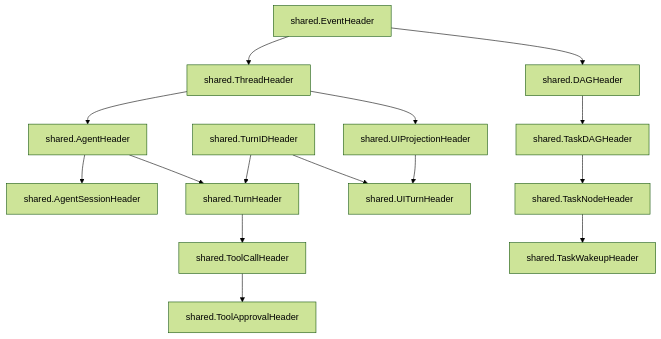
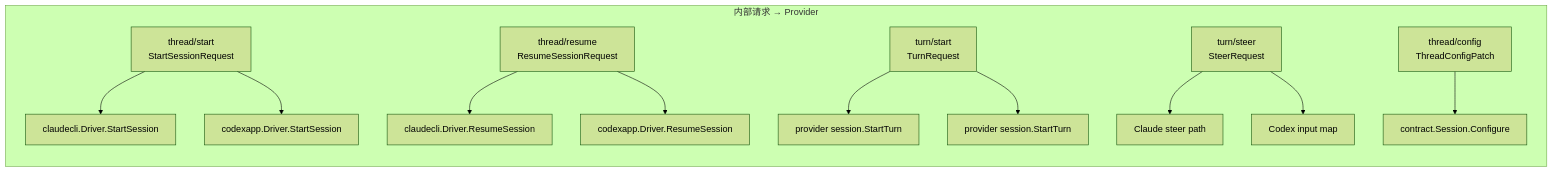
Before and after one commit to lihah111222333-cloud/Super-Dolphin-Agent-Cockpit: the first of 5 diagrams in docs/doc/codemap/05-dto.md, drawn with Mermaid (forest theme). The commit also changed other lines of this file and 24 other files, not shown here.

````diff
--- a/docs/doc/codemap/05-dto.md
+++ b/docs/doc/codemap/05-dto.md
@@ -133,34 +188,14 @@
 ```mermaid
-flowchart TD
-  EH[shared.EventHeader]
-  TH[shared.ThreadHeader]
-  AH[shared.AgentHeader]
-  ASH[shared.AgentSessionHeader]
-  TIH[shared.TurnIDHeader]
-  TUH[shared.TurnHeader]
-  TCH[shared.ToolCallHeader]
-  TAH[shared.ToolApprovalHeader]
-  DH[shared.DAGHeader]
-  TDH[shared.TaskDAGHeader]
-  TNH[shared.TaskNodeHeader]
-  TWH[shared.TaskWakeupHeader]
-  UPH[shared.UIProjectionHeader]
-  UTH[shared.UITurnHeader]
-
-  EH --> TH
-  TH --> AH
-  AH --> ASH
-  AH --> TUH
-  TIH --> TUH
-  TUH --> TCH
-  TCH --> TAH
-
-  EH --> DH
-  DH --> TDH
-  TDH --> TNH
-  TNH --> TWH
-
-  TH --> UPH
-  UPH --> UTH
-  TIH --> UTH
+flowchart LR
+  subgraph Outbound[内部请求 → Provider]
+    TS[thread/start\nStartSessionRequest] --> CL1[claudecli.Driver.StartSession]
+    TS --> CX1[codexapp.Driver.StartSession]
+    RS[thread/resume\nResumeSessionRequest] --> CL2[claudecli.Driver.ResumeSession]
+    RS --> CX2[codexapp.Driver.ResumeSession]
+    TR[turn/start\nTurnRequest] --> CL3[provider session.StartTurn]
+    TR --> CX3[provider session.StartTurn]
+    SR[turn/steer\nSteerRequest] --> CL4[Claude steer path]
+    SR --> CX4[Codex input map]
+    CFG[thread/config\nThreadConfigPatch] --> SS[contract.Session.Configure]
+  end
 ```
````
